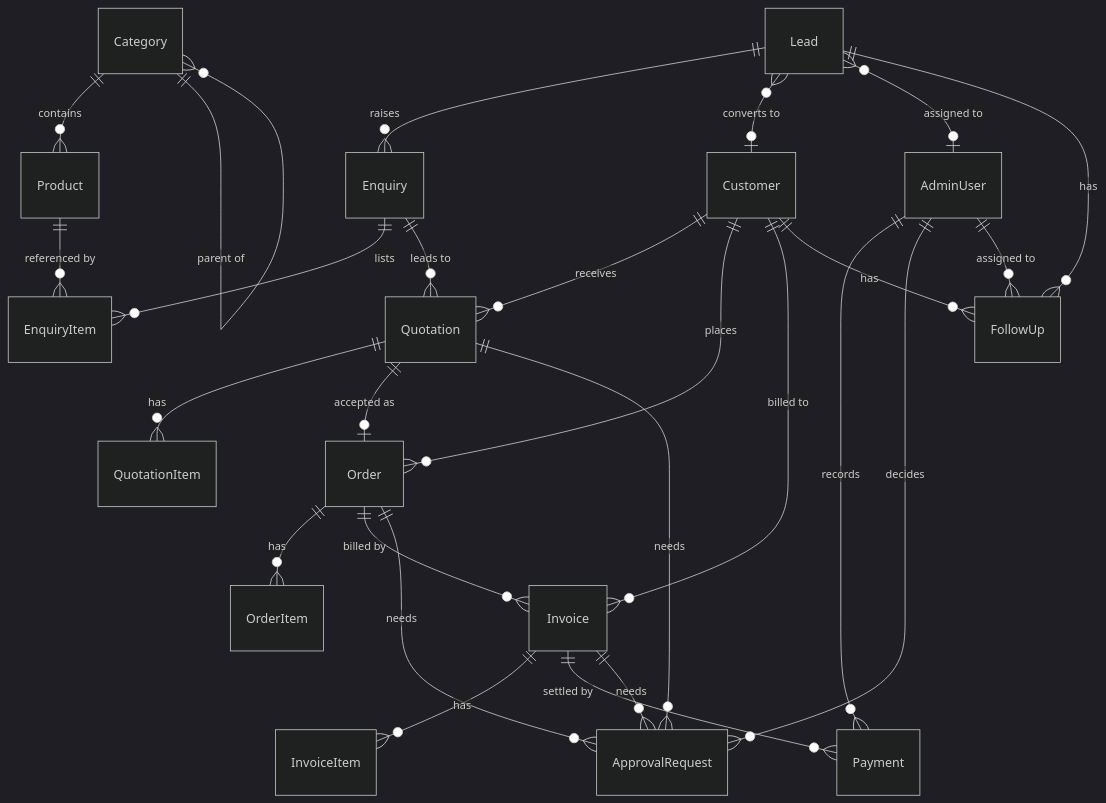
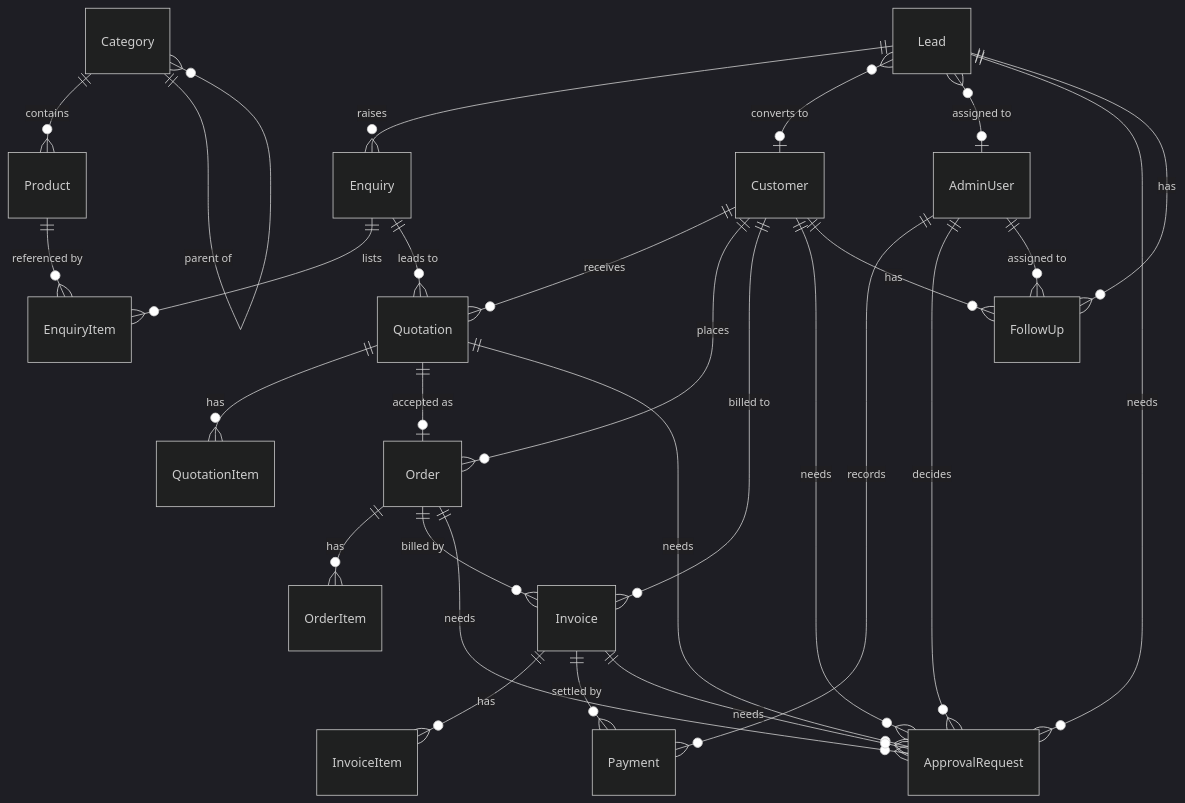
One commit to ag8260018315-gif/munna-pen-center changed the diagram in docs/ARCHITECTURE.md. Above: the diagram before and after it, drawn with Mermaid (dark theme). The commit also changed other lines of this file and 8 other files, not shown here.

First line of the commit message:
Harden the owner-approval gate and the future database schema

````diff
--- a/docs/ARCHITECTURE.md
+++ b/docs/ARCHITECTURE.md
@@ -49,28 +49,30 @@
 ```mermaid
 erDiagram
   Category ||--o{ Product : contains
   Category ||--o{ Category : "parent of"
   Lead ||--o{ Enquiry : raises
   Lead }o--o| Customer : "converts to"
   Lead }o--o| AdminUser : "assigned to"
   Enquiry ||--o{ EnquiryItem : lists
   Product ||--o{ EnquiryItem : "referenced by"
   Enquiry ||--o{ Quotation : "leads to"
   Customer ||--o{ Quotation : receives
   Quotation ||--o{ QuotationItem : has
   Quotation ||--o| Order : "accepted as"
   Customer ||--o{ Order : places
   Order ||--o{ OrderItem : has
   Order ||--o{ Invoice : "billed by"
   Customer ||--o{ Invoice : "billed to"
   Invoice ||--o{ InvoiceItem : has
   Invoice ||--o{ Payment : "settled by"
   AdminUser ||--o{ Payment : records
   Quotation ||--o{ ApprovalRequest : "needs"
+  Lead ||--o{ ApprovalRequest : "needs"
+  Customer ||--o{ ApprovalRequest : "needs"
   Order ||--o{ ApprovalRequest : "needs"
   Invoice ||--o{ ApprovalRequest : "needs"
   AdminUser ||--o{ ApprovalRequest : decides
   Lead ||--o{ FollowUp : has
   Customer ||--o{ FollowUp : has
   AdminUser ||--o{ FollowUp : "assigned to"
 ```
````
